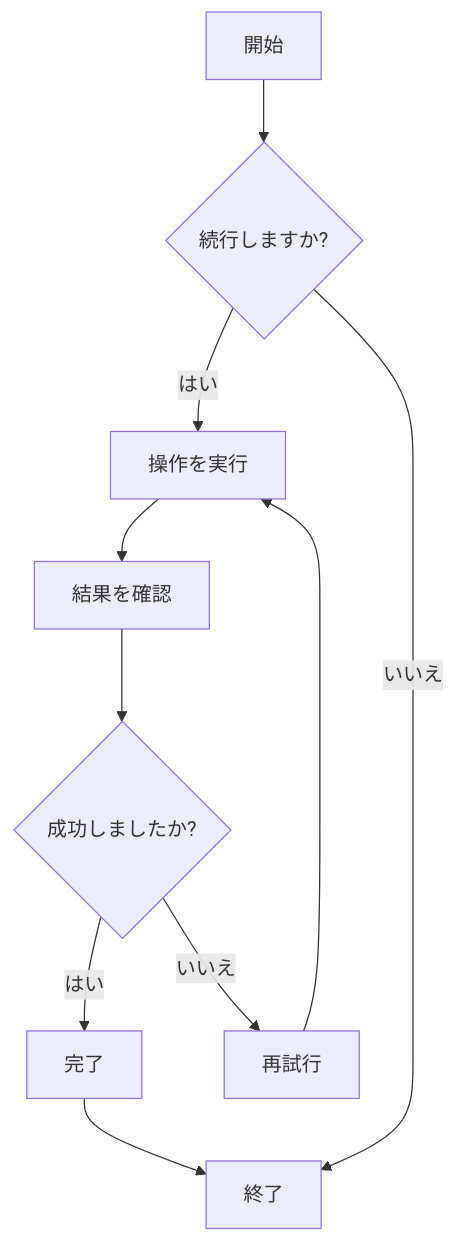
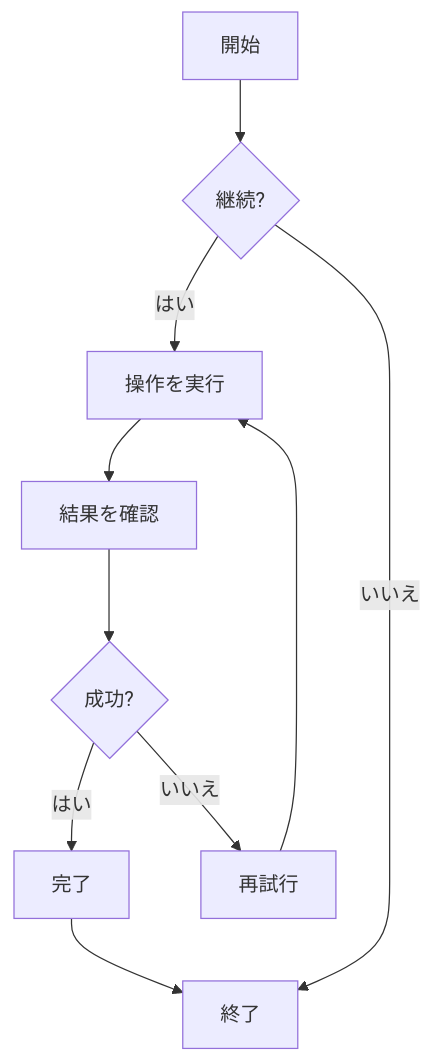
One commit to zccz14/CZON changed the first of 7 diagrams in .czon/src/ja-JP/8938d6aac9c056c06137a041b8e82379bfb619bb6d435b9ecec515337dd0cd69.md. Above: the diagram before and after it, drawn with Mermaid. The commit also changed other lines of this file and 38 other files, not shown here.

````diff
--- a/.czon/src/ja-JP/8938d6aac9c056c06137a041b8e82379bfb619bb6d435b9ecec515337dd0cd69.md
+++ b/.czon/src/ja-JP/8938d6aac9c056c06137a041b8e82379bfb619bb6d435b9ecec515337dd0cd69.md
@@ -22,12 +22,12 @@
 ```mermaid
 graph TD
-    A[開始] --> B{続行しますか?}
+    A[開始] --> B{継続?}
     B -->|はい| C[操作を実行]
     B -->|いいえ| D[終了]
     C --> E[結果を確認]
-    E --> F{成功しましたか?}
+    E --> F{成功?}
     F -->|はい| G[完了]
     F -->|いいえ| H[再試行]
     H --> C
     G --> D
 ```
````
